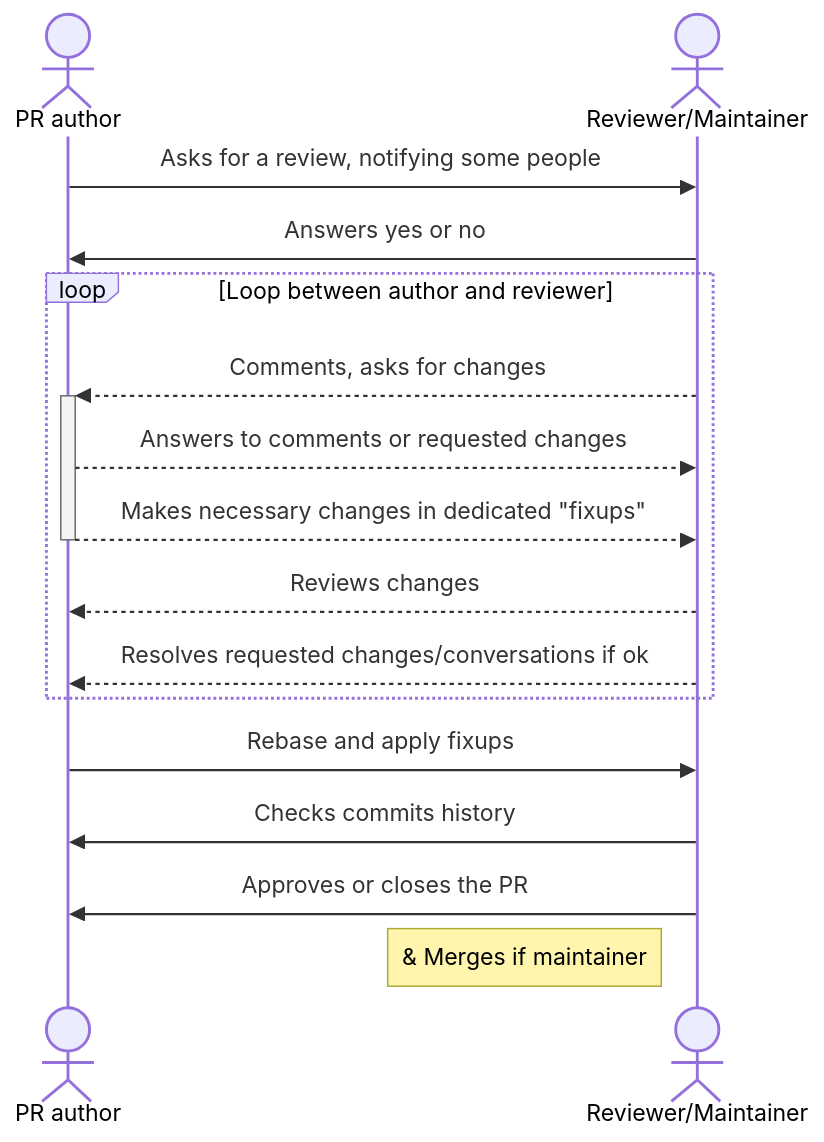
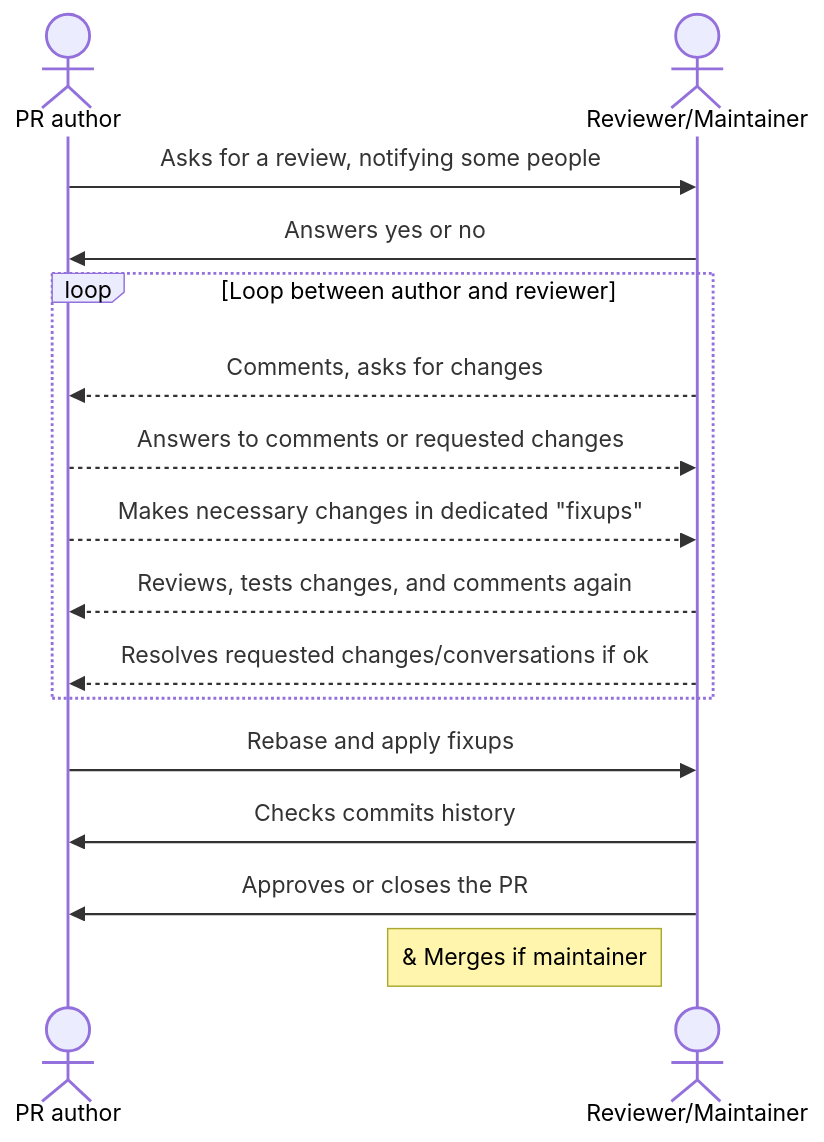
The diagram in content/docs/guides/contribute/review-process.en.md (OpenRailAssociation/osrd-website), drawn with Mermaid before and after one commit. The commit also changed other lines of this file and 1 other file, not shown here.

Commit message:
content: clarify review process (#191)

````diff
--- a/content/docs/guides/contribute/review-process.en.md
+++ b/content/docs/guides/contribute/review-process.en.md
@@ -5,21 +5,21 @@
 ```mermaid
 sequenceDiagram
   actor A as PR author
   actor R as Reviewer/Maintainer
   
   A->>R: Asks for a review, notifying some people
   R->>A: Answers yes or no
   
   loop Loop between author and reviewer
-    R-->>+A: Comments, asks for changes
+    R-->>A: Comments, asks for changes
     A-->>R: Answers to comments or requested changes
-    A-->>-R: Makes necessary changes in dedicated "fixups"
-    R-->>A: Reviews changes
+    A-->>R: Makes necessary changes in dedicated "fixups"
+    R-->>A: Reviews, tests changes, and comments again
     R-->>A: Resolves requested changes/conversations if ok
   end
  
   A->>R: Rebase and apply fixups
   R->>A: Checks commits history
   R->>A: Approves or closes the PR
   Note left of R: & Merges if maintainer
 ```
````
